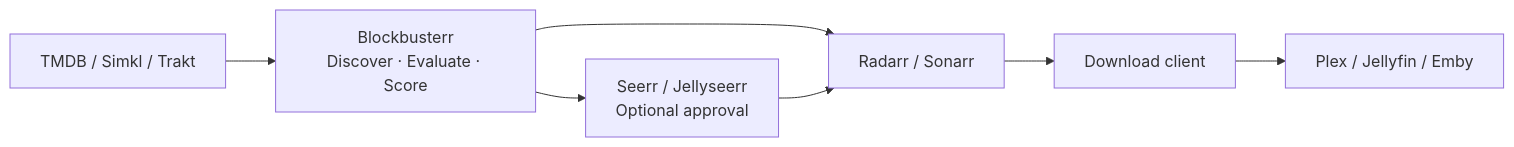
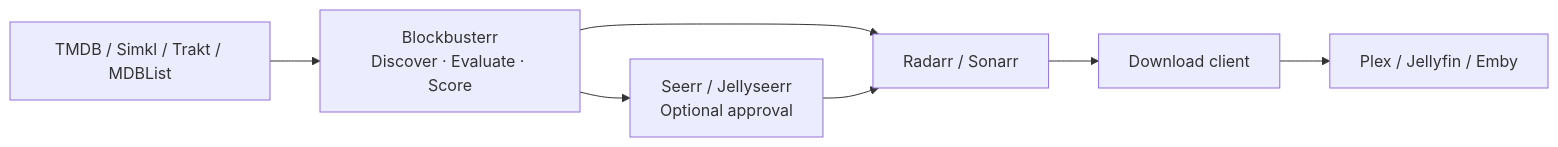
One commit to Mahcks/blockbusterr changed the diagram in README.md. Above: the diagram before and after it, drawn with Mermaid. The commit also changed other lines of this file and 27 other files, not shown here.

````diff
--- a/README.md
+++ b/README.md
@@ -21,9 +21,9 @@
 ```mermaid
 flowchart LR
-    A[TMDB / Simkl / Trakt] --> B[Blockbusterr<br/>Discover · Evaluate · Score]
+    A[TMDB / Simkl / Trakt / MDBList] --> B[Blockbusterr<br/>Discover · Evaluate · Score]
     B --> C[Radarr / Sonarr]
     B --> D[Seerr / Jellyseerr<br/>Optional approval]
     D --> C
     C --> E[Download client]
     E --> F[Plex / Jellyfin / Emby]
 ```
````
